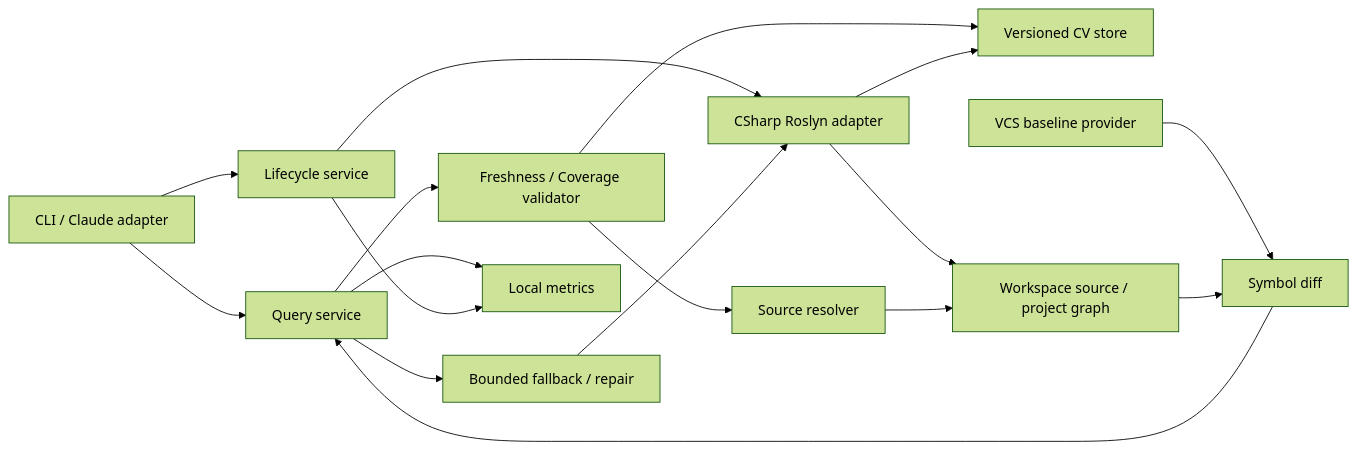
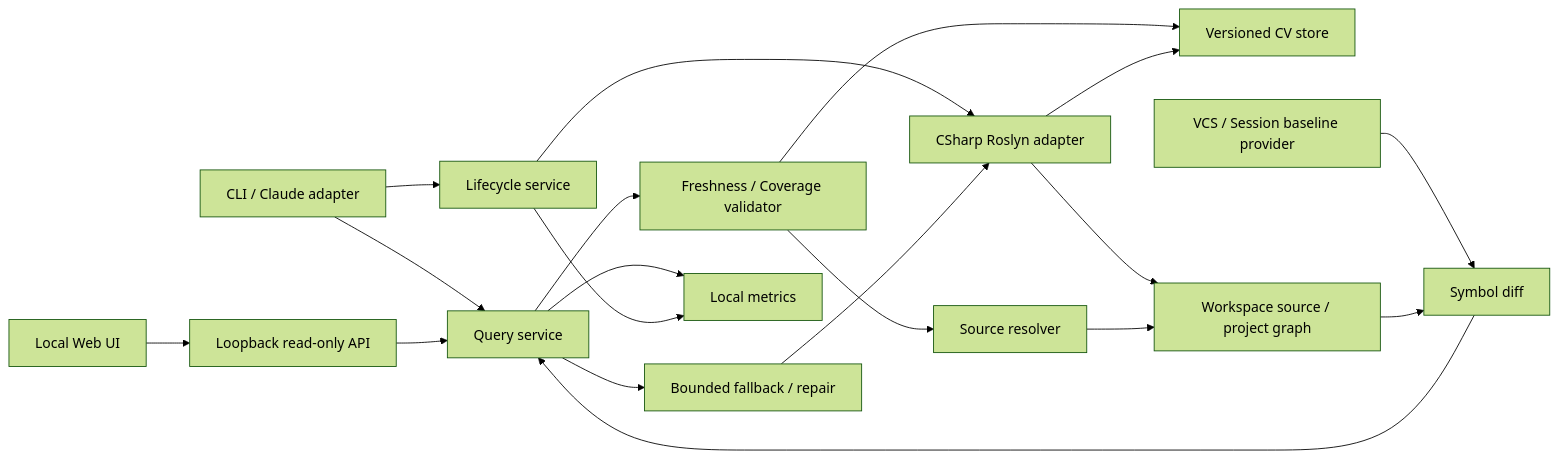
The diagram in docs/prepare/architecture.md (jaywapp/code-virtualize), drawn with Mermaid (forest theme) before and after one commit. The commit also changed other lines of this file and 25 other files, not shown here.

````diff
--- a/docs/prepare/architecture.md
+++ b/docs/prepare/architecture.md
@@ -9,19 +9,21 @@
 ```mermaid
 flowchart LR
     H[CLI / Claude adapter] --> Q[Query service]
     H --> L[Lifecycle service]
     Q --> V[Freshness / Coverage validator]
     V --> C[Versioned CV store]
     V --> R[Source resolver]
     L --> P[CSharp Roslyn adapter]
     P --> W[Workspace source / project graph]
     R --> W
     P --> C
     Q --> F[Bounded fallback / repair]
     F --> P
     Q --> M[Local metrics]
     L --> M
-    B[VCS baseline provider] --> D[Symbol diff]
+    U[Local Web UI] --> A[Loopback read-only API]
+    A --> Q
+    B[VCS / Session baseline provider] --> D[Symbol diff]
     W --> D
     D --> Q
 ```
````
